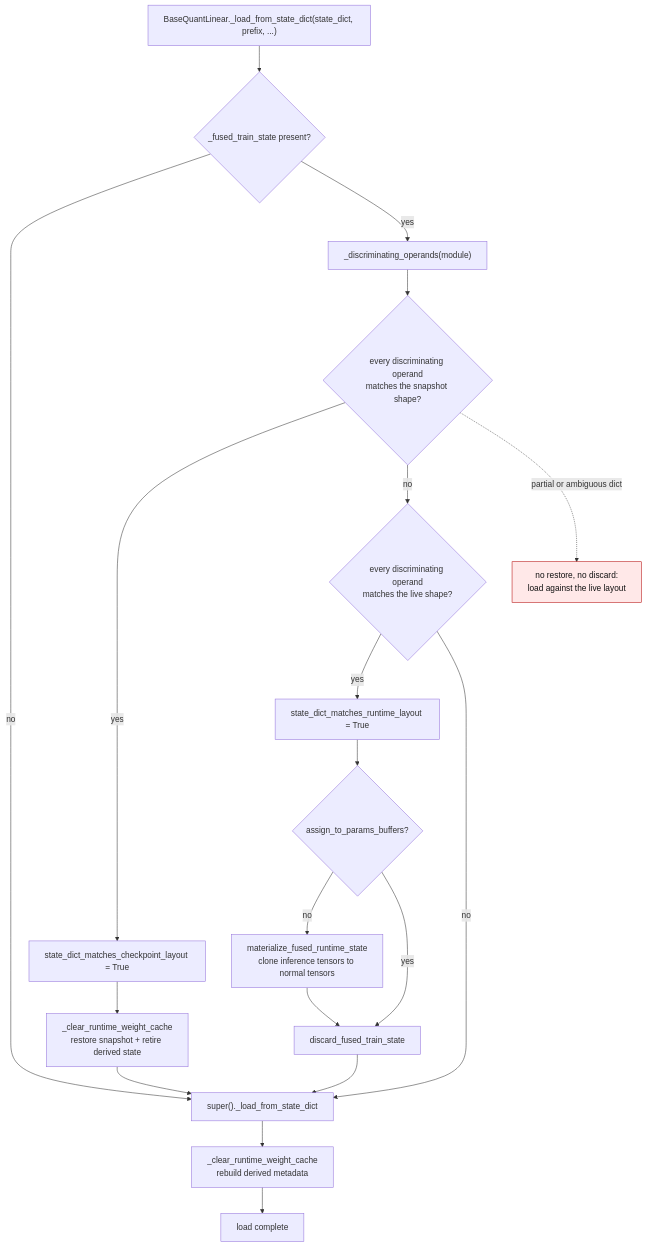
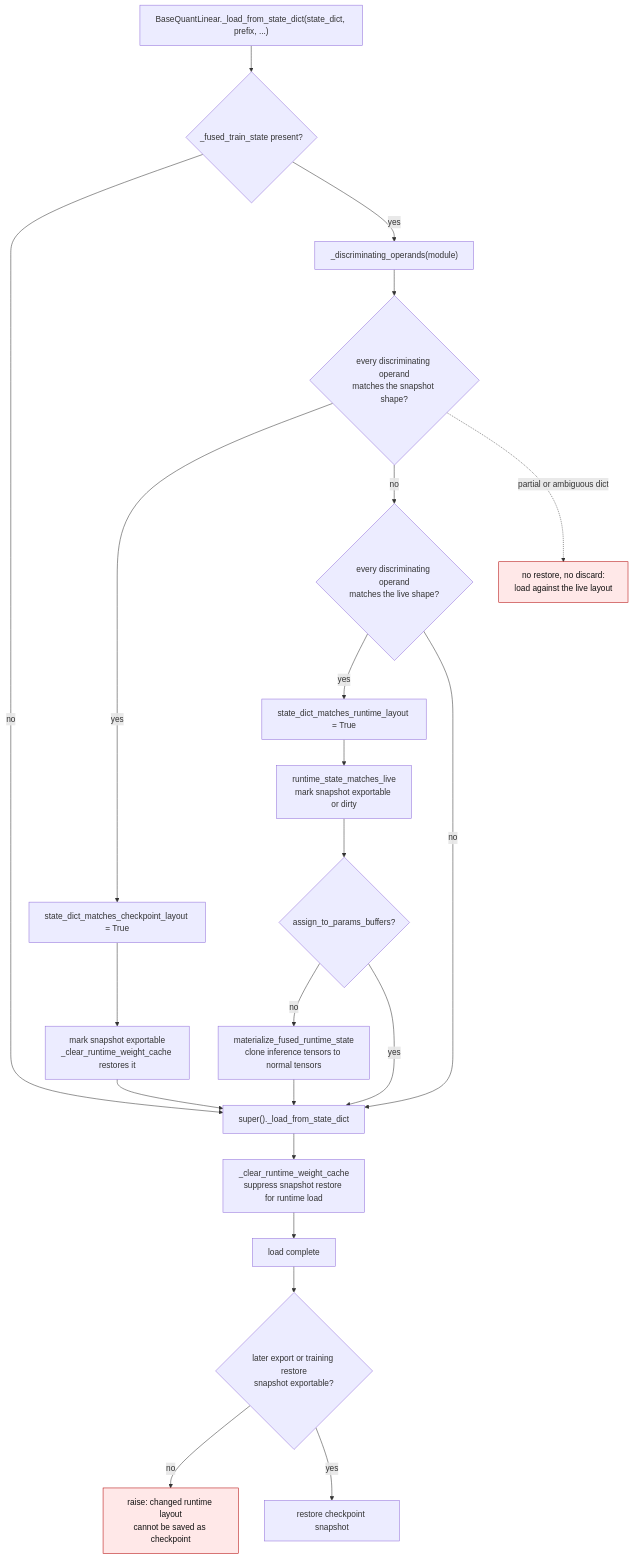
The second of 4 diagrams in docs/torch_fused_int4_transformations.md (ModelCloud/GPTQModel), drawn with Mermaid before and after one commit. The commit also changed other lines of this file and 3 other files, not shown here.

Commit message:
fix(cpu): preserve checkpoint snapshot across runtime load

````diff
--- a/docs/torch_fused_int4_transformations.md
+++ b/docs/torch_fused_int4_transformations.md
@@ -267,23 +270,26 @@
 ```mermaid
 flowchart TD
     A["BaseQuantLinear._load_from_state_dict(state_dict, prefix, ...)"] --> B{"_fused_train_state present?"}
     B -- no --> S["super()._load_from_state_dict"]
     B -- yes --> C["_discriminating_operands(module)"]
     C --> D{"every discriminating operand<br/>matches the snapshot shape?"}
     D -- yes --> E["state_dict_matches_checkpoint_layout = True"]
     D -- no --> F{"every discriminating operand<br/>matches the live shape?"}
     F -- yes --> G["state_dict_matches_runtime_layout = True"]
     F -- no --> S
-    E --> H["_clear_runtime_weight_cache<br/>restore snapshot + retire derived state"]
+    E --> H["mark snapshot exportable<br/>_clear_runtime_weight_cache restores it"]
     H --> S
-    G --> I{"assign_to_params_buffers?"}
+    G --> V["runtime_state_matches_live<br/>mark snapshot exportable or dirty"]
+    V --> I{"assign_to_params_buffers?"}
     I -- no --> J["materialize_fused_runtime_state<br/>clone inference tensors to normal tensors"]
-    I -- yes --> K["discard_fused_train_state"]
-    J --> K
-    K --> S
-    S --> L["_clear_runtime_weight_cache<br/>rebuild derived metadata"]
+    I -- yes --> S
+    J --> S
+    S --> L["_clear_runtime_weight_cache<br/>suppress snapshot restore for runtime load"]
     L --> M["load complete"]
+    M --> X{"later export or training restore<br/>snapshot exportable?"}
+    X -- no --> Y["raise: changed runtime layout<br/>cannot be saved as checkpoint"]
+    X -- yes --> Z["restore checkpoint snapshot"]
     D -. "partial or ambiguous dict" .-> N["no restore, no discard:<br/>load against the live layout"]
     classDef failure fill:#ffe8e8,stroke:#b30000,color:#111;
-    class N failure;
+    class N,Y failure;
 ```
````
